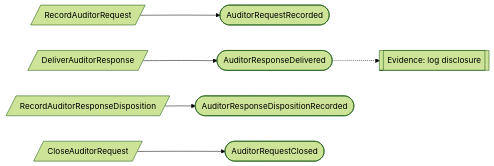
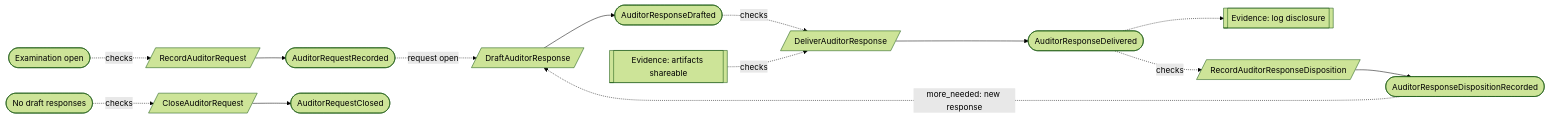
One commit to bdgrz/compliance-core changed the fifth of 7 diagrams in docs/proposed/contexts/auditor-collaboration.md. Above: the diagram before and after it, drawn with Mermaid (forest theme). The commit also changed other lines of this file and 310 other files, not shown here.

````diff
--- a/docs/proposed/contexts/auditor-collaboration.md
+++ b/docs/proposed/contexts/auditor-collaboration.md
@@ -241,8 +257,13 @@
 ```mermaid
 flowchart LR
+    X0([Examination open]) -. checks .-> C1
     C1[/RecordAuditorRequest/] --> E1([AuditorRequestRecorded])
-    C2[/DeliverAuditorResponse/] --> E2([AuditorResponseDelivered])
+    E1 -. "request open" .-> C5[/DraftAuditorResponse/] --> E5([AuditorResponseDrafted])
+    E5 -. checks .-> C2[/DeliverAuditorResponse/]
+    A[[Evidence: artifacts shareable]] -. checks .-> C2
+    C2 --> E2([AuditorResponseDelivered])
     E2 -.-> X1[[Evidence: log disclosure]]
-    C3[/RecordAuditorResponseDisposition/] --> E3([AuditorResponseDispositionRecorded])
-    C4[/CloseAuditorRequest/] --> E4([AuditorRequestClosed])
+    E2 -. checks .-> C3[/RecordAuditorResponseDisposition/] --> E3([AuditorResponseDispositionRecorded])
+    E3 -. "more_needed: new response" .-> C5
+    N([No draft responses]) -. checks .-> C4[/CloseAuditorRequest/] --> E4([AuditorRequestClosed])
 ```
````
